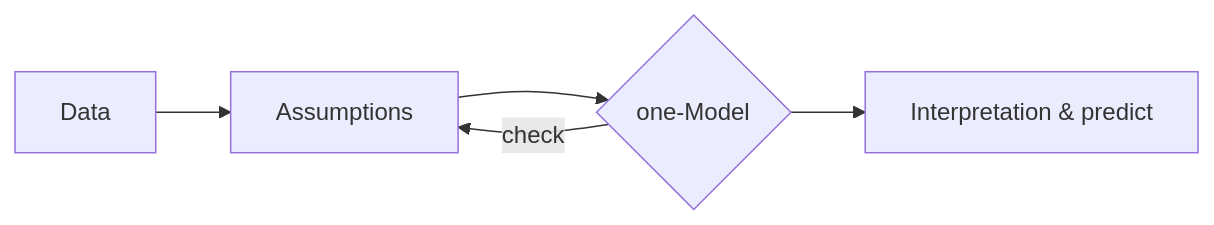
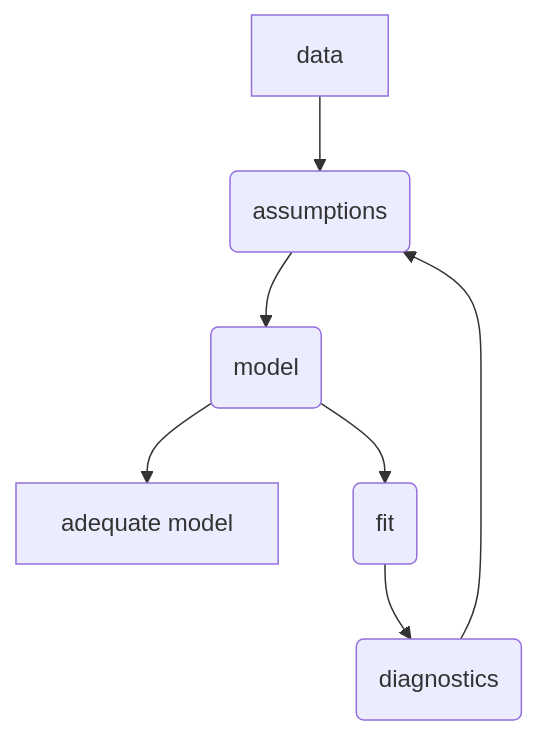
The eighth of 10 diagrams in Glossary of distributional regression.qmd (mstasinopoulos/GrossaryForDR), drawn with Mermaid before and after one commit. The commit also changed other lines of this file and 1 other file, not shown here.

````diff
--- a/Glossary of distributional regression.qmd
+++ b/Glossary of distributional regression.qmd
@@ -1434,10 +1538,12 @@
 ```{mermaid}
 %%| fig-width: 5
-%%| label: fig-modelling
-%%| fig-cap: "The classical modelling process which uses a single model and tries to improve it"
-flowchart LR
-  A[Data] --> B[Assumptions] 
-  B --> C{one-Model}
-  C -->|check| B
-  C --> D[Interpretation & predict]
+%%| label: fig-mod_5
+%%| fig-cap: "The classical statistical modelling process which uses a single model and tries to improve it"
+flowchart TB
+  D[data] --> A(assumptions) 
+   A --> M(model)
+   M --> Y[adequate model]
+   M --> W(fit)
+   W --> V(diagnostics)
+   V --> A
 ```
````
